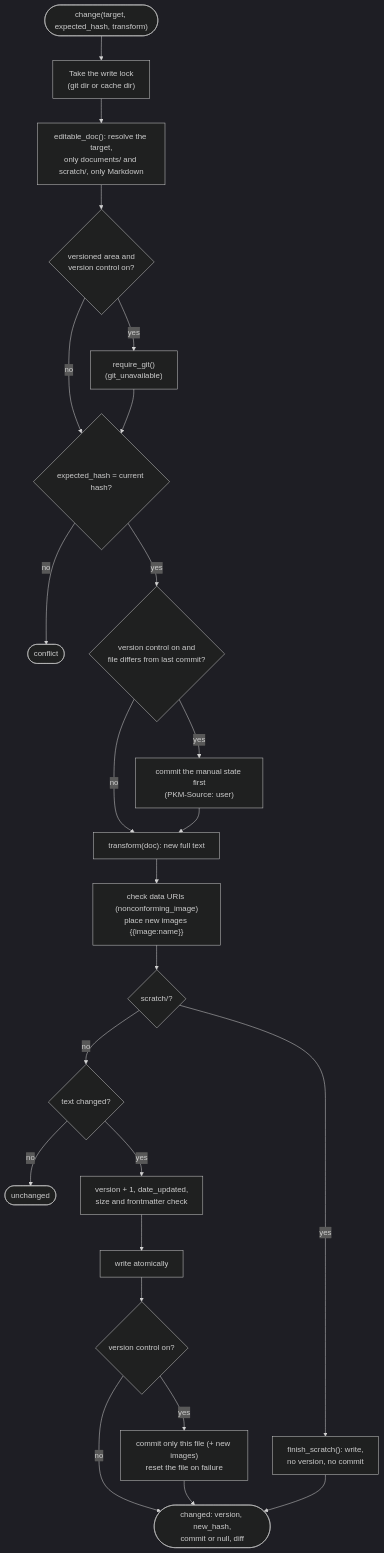
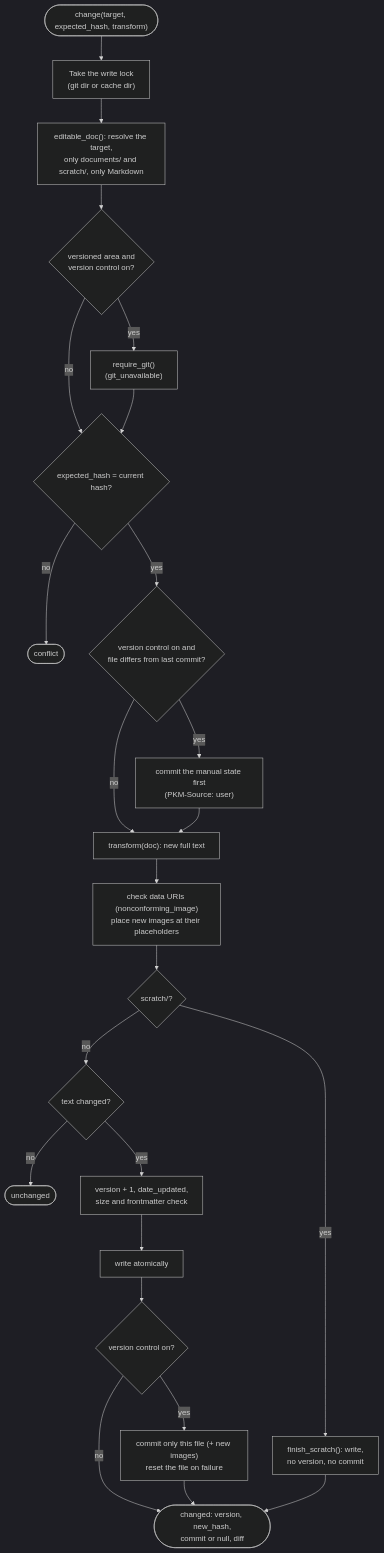
Before and after one commit to achim0x/pkm-llm-wiki: diagram 13 of 22 in docs/architecture.md, drawn with Mermaid (dark theme). The commit also changed other lines of this file, not shown here.

First line of the commit message:
architecture.md: safer Mermaid labels, exact CLI statuses, type-hint imports

````diff
--- a/docs/architecture.md
+++ b/docs/architecture.md
@@ -584,26 +583,26 @@
 ```mermaid
 flowchart TD
     A(["change(target, expected_hash, transform)"]) --> L["Take the write lock<br/>(git dir or cache dir)"]
     L --> E["editable_doc(): resolve the target,<br/>only documents/ and scratch/, only Markdown"]
     E --> V{"versioned area and<br/>version control on?"}
     V -- "yes" --> G["require_git()<br/>(git_unavailable)"]
     V -- "no" --> H
     G --> H{"expected_hash = current hash?"}
     H -- "no" --> X1(["conflict"])
     H -- "yes" --> U{"version control on and<br/>file differs from last commit?"}
     U -- "yes" --> UC["commit the manual state first<br/>(PKM-Source: user)"]
     U -- "no" --> T
     UC --> T["transform(doc): new full text"]
-    T --> I["check data URIs (nonconforming_image)<br/>place new images {{image:name}}"]
+    T --> I["check data URIs (nonconforming_image)<br/>place new images at their placeholders"]
     I --> S{"scratch/?"}
     S -- "yes" --> FS["finish_scratch(): write,<br/>no version, no commit"]
     S -- "no" --> F{"text changed?"}
     F -- "no" --> UN(["unchanged"])
     F -- "yes" --> FN["version + 1, date_updated,<br/>size and frontmatter check"]
     FN --> W["write atomically"]
     W --> C{"version control on?"}
     C -- "yes" --> CM["commit only this file (+ new images)<br/>reset the file on failure"]
     C -- "no" --> R
     CM --> R(["changed: version, new_hash,<br/>commit or null, diff"])
     FS --> R
 ```
````
